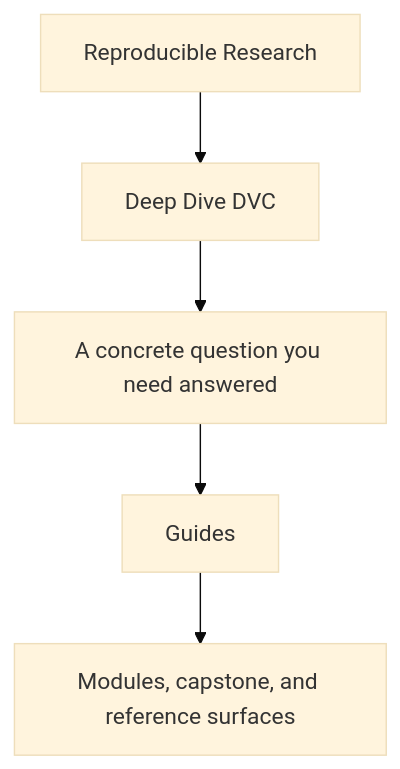
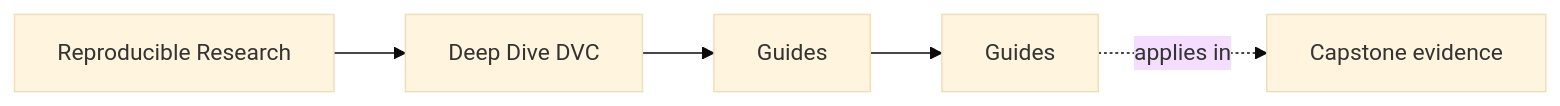
One commit to bijux/bijux-masterclass changed the first of 2 diagrams in programs/reproducible-research/deep-dive-dvc/course-book/guides/index.md. Above: the diagram before and after it, drawn with Mermaid (base theme). The commit also changed other lines of this file and 55 other files, not shown here.

Commit message:
docs(deep-dive-dvc): map reproducibility and pipeline foundations

````diff
--- a/programs/reproducible-research/deep-dive-dvc/course-book/guides/index.md
+++ b/programs/reproducible-research/deep-dive-dvc/course-book/guides/index.md
@@ -6,7 +6,11 @@
 ```mermaid
-flowchart TD
-  family["Reproducible Research"] --> program["Deep Dive DVC"]
-  program --> pressure["A concrete question you need answered"]
-  pressure --> guide["Guides"]
-  guide --> next["Modules, capstone, and reference surfaces"]
+graph LR
+  family["Reproducible Research"]
+  program["Deep Dive DVC"]
+  section["Guides"]
+  page["Guides"]
+  capstone["Capstone evidence"]
+
+  family --> program --> section --> page
+  page -.applies in.-> capstone
 ```
````
